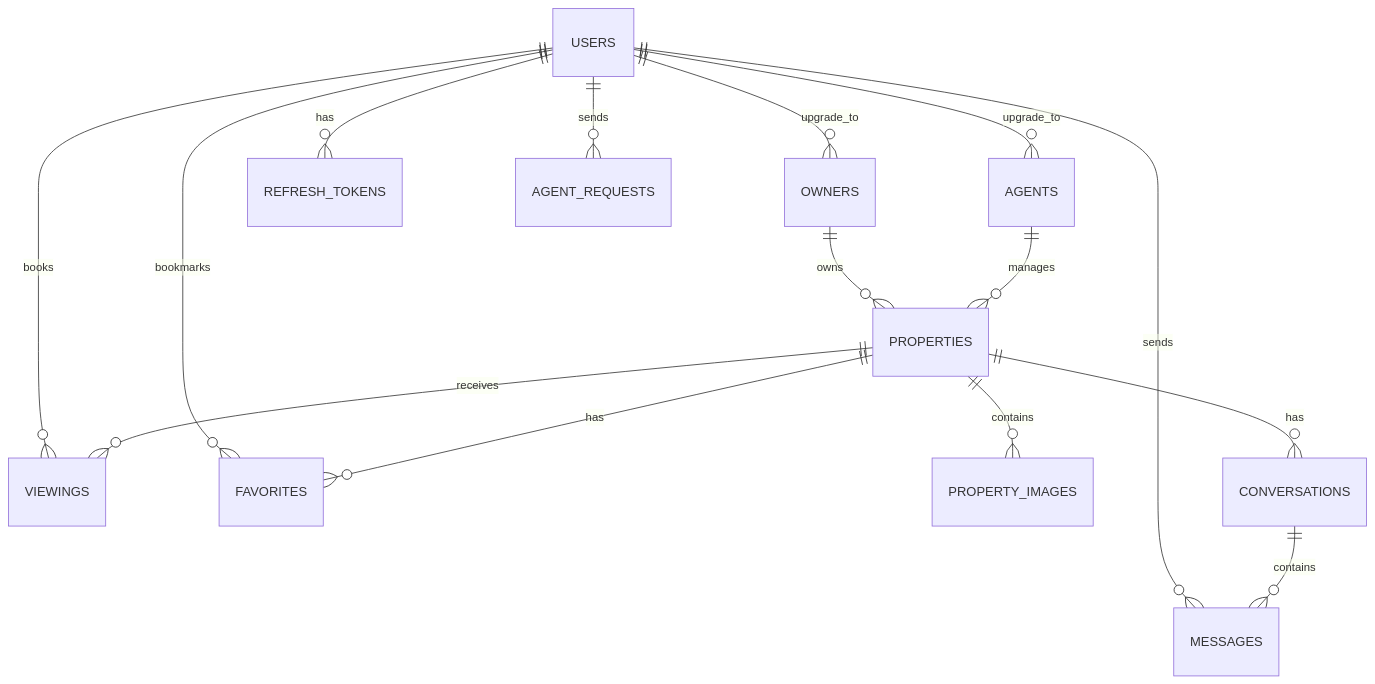
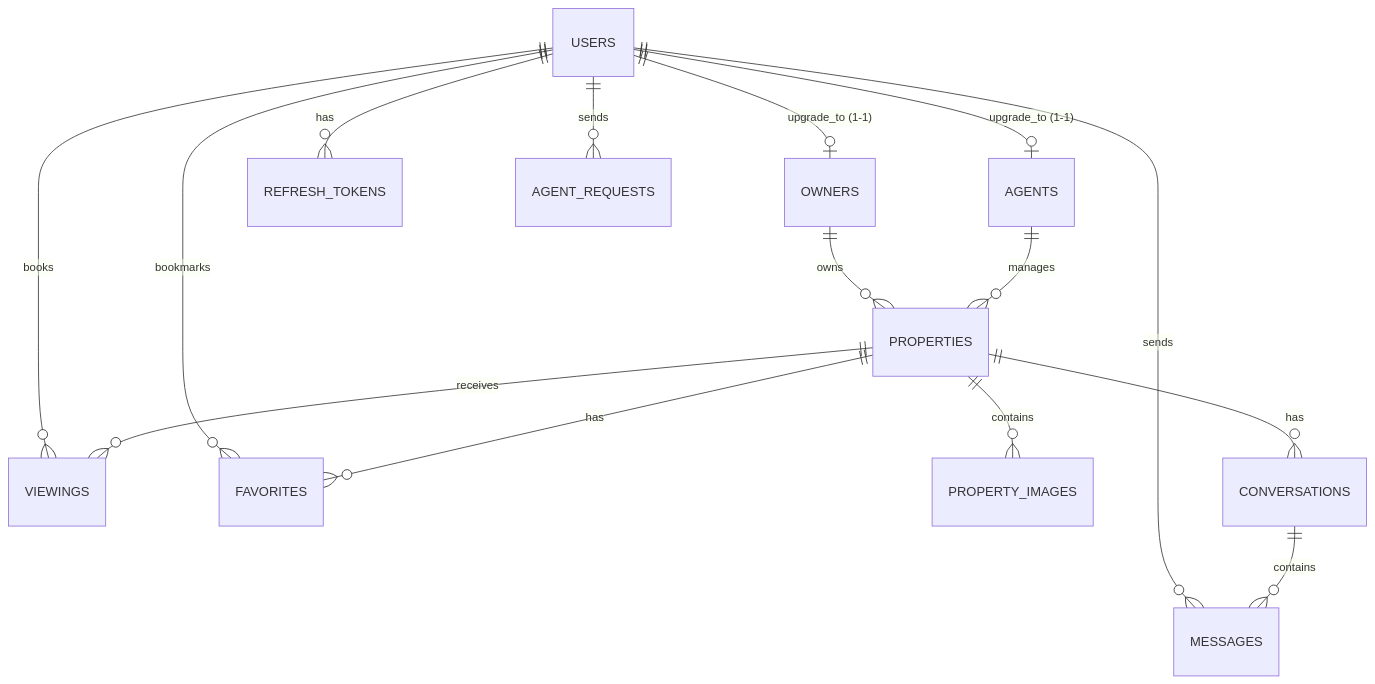
One commit to hoangbmt023/QL_BDS_API changed the diagram in docs/database-design.md. Above: the diagram before and after it, drawn with Mermaid. The commit also changed other lines of this file and 5 other files, not shown here.

First line of the commit message:
docs: rename report, sync db schema, and add postman collection

````diff
--- a/docs/database-design.md
+++ b/docs/database-design.md
@@ -119,20 +93,20 @@
 ```mermaid
 erDiagram
-    USERS ||--o{ OWNERS : "upgrade_to"
-    USERS ||--o{ AGENTS : "upgrade_to"
+    USERS ||--o| OWNERS : "upgrade_to (1-1)"
+    USERS ||--o| AGENTS : "upgrade_to (1-1)"
     USERS ||--o{ REFRESH_TOKENS : "has"
     USERS ||--o{ AGENT_REQUESTS : "sends"
     USERS ||--o{ VIEWINGS : "books"
     USERS ||--o{ FAVORITES : "bookmarks"
     USERS ||--o{ MESSAGES : "sends"
     
     OWNERS ||--o{ PROPERTIES : "owns"
     AGENTS ||--o{ PROPERTIES : "manages"
     
     PROPERTIES ||--o{ PROPERTY_IMAGES : "contains"
     PROPERTIES ||--o{ VIEWINGS : "receives"
     PROPERTIES ||--o{ FAVORITES : "has"
     PROPERTIES ||--o{ CONVERSATIONS : "has"
     
     CONVERSATIONS ||--o{ MESSAGES : "contains"
 ```
````
